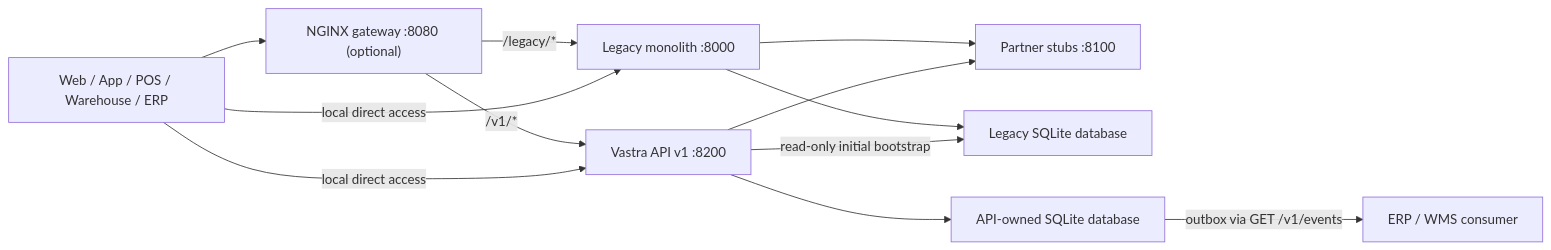
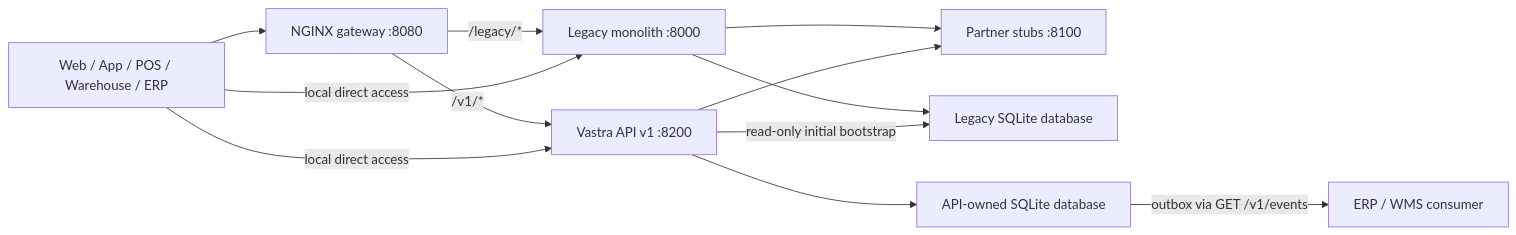
Before and after one commit to ITC-FDE-User07/itci-fde-team-4: the first of 2 diagrams in FDE_Project_Codebase/vastra-modern-api/README.md, drawn with Mermaid. The commit also changed other lines of this file and 13 other files, not shown here.

````diff
--- a/FDE_Project_Codebase/vastra-modern-api/README.md
+++ b/FDE_Project_Codebase/vastra-modern-api/README.md
@@ -30,23 +30,23 @@
 ```mermaid
 flowchart LR
     Channels["Web / App / POS / Warehouse / ERP"]
-    Gateway["NGINX gateway :8080 (optional)"]
+    Gateway["NGINX gateway :8080"]
     Legacy["Legacy monolith :8000"]
     API["Vastra API v1 :8200"]
     Partners["Partner stubs :8100"]
     LegacyDB["Legacy SQLite database"]
     ModernDB["API-owned SQLite database"]
     ERP["ERP / WMS consumer"]
 
     Channels --> Gateway
     Gateway -->|"/legacy/*"| Legacy
     Gateway -->|"/v1/*"| API
     Channels -->|local direct access| Legacy
     Channels -->|local direct access| API
     Legacy --> Partners
     Legacy --> LegacyDB
     API --> Partners
     API -->|read-only initial bootstrap| LegacyDB
     API --> ModernDB
     ModernDB -->|outbox via GET /v1/events| ERP
 ```
````
